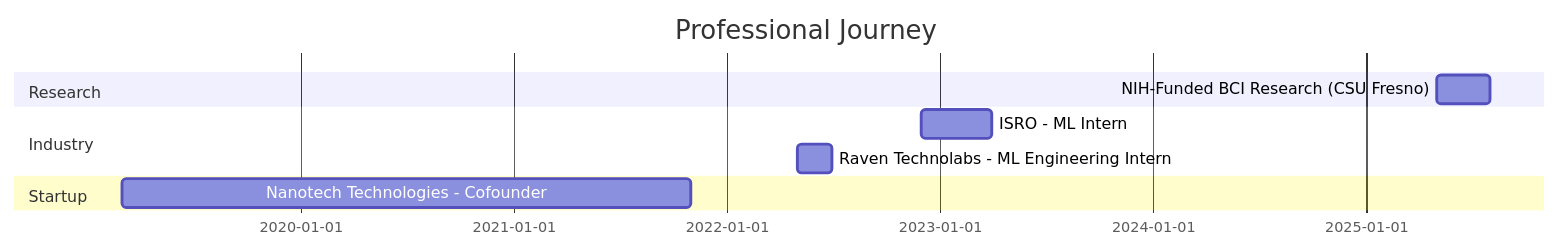
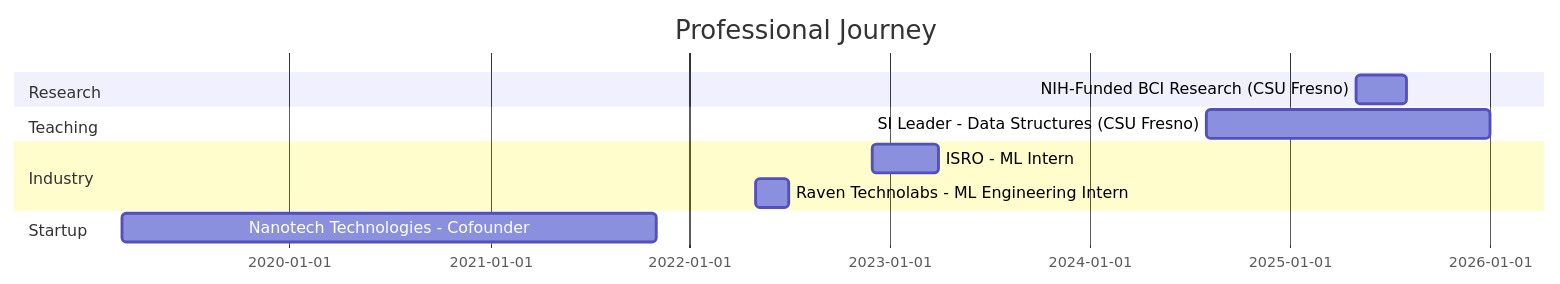
The diagram in README.md (Aryanp018/Aryanp018), drawn with Mermaid before and after one commit. The commit also changed other lines of this file, not shown here.

First line of the commit message:
Enhance README with teaching and research updates

````diff
--- a/README.md
+++ b/README.md
@@ -283,12 +285,14 @@
 ```mermaid
 gantt
     title Professional Journey
     dateFormat YYYY-MM
     section Research
     NIH-Funded BCI Research (CSU Fresno)     :2025-05, 2025-08
+    section Teaching
+    SI Leader - Data Structures (CSU Fresno) :2024-08, 2026-01
     section Industry
     ISRO - ML Intern                         :2022-12, 2023-04
     Raven Technolabs - ML Engineering Intern :2022-05, 2022-07
     section Startup
     Nanotech Technologies - Cofounder        :2019-03, 2021-11
 ```
````
